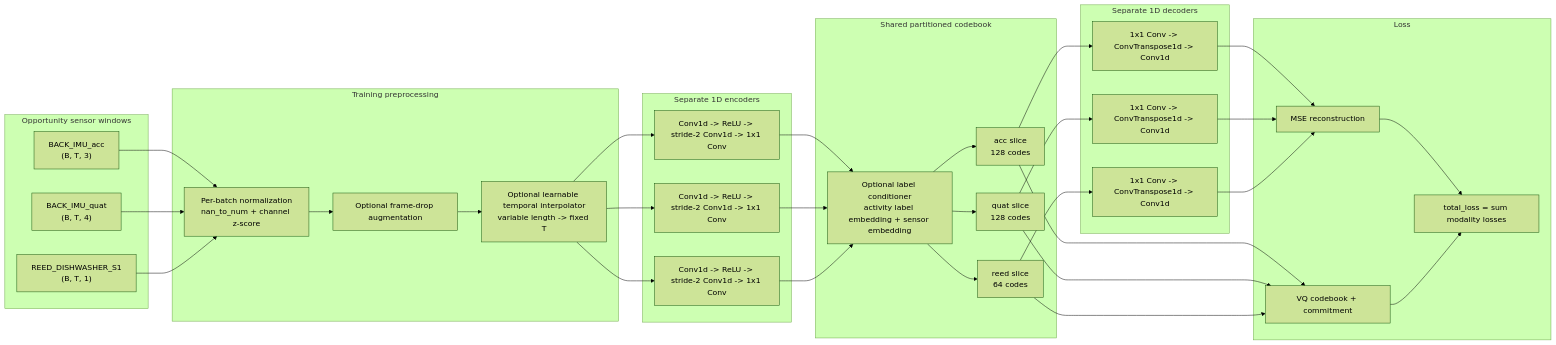
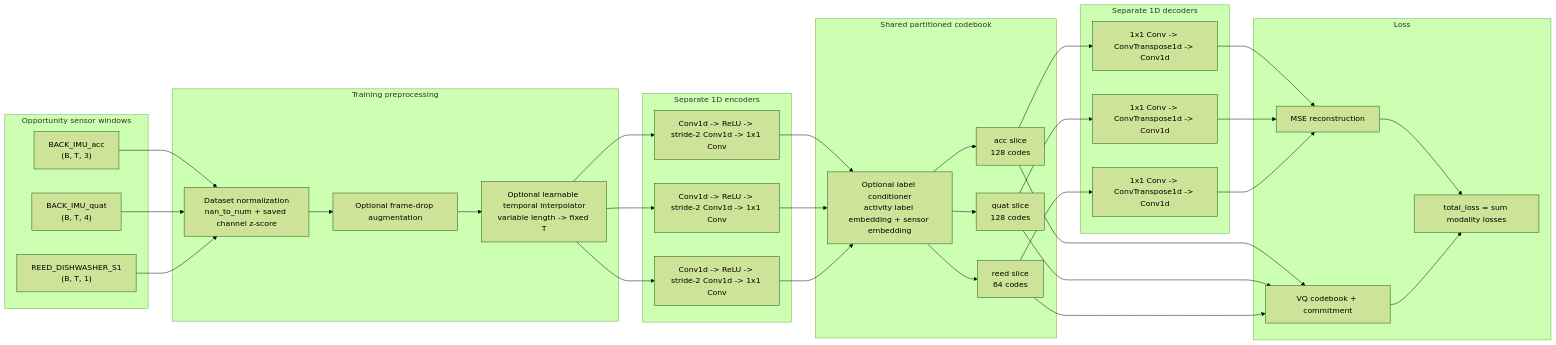
One commit to lalasray/DistriXSense changed the diagram in docs/vqvae_architecture.md. Above: the diagram before and after it, drawn with Mermaid (forest theme). The commit also changed other lines of this file and 6 other files, not shown here.

````diff
--- a/docs/vqvae_architecture.md
+++ b/docs/vqvae_architecture.md
@@ -5,52 +5,52 @@
 ```mermaid
 flowchart LR
     subgraph Inputs["Opportunity sensor windows"]
         A["BACK_IMU_acc<br/>(B, T, 3)"]
         Q["BACK_IMU_quat<br/>(B, T, 4)"]
         R["REED_DISHWASHER_S1<br/>(B, T, 1)"]
     end
 
     subgraph Prep["Training preprocessing"]
-        N["Per-batch normalization<br/>nan_to_num + channel z-score"]
+        N["Dataset normalization<br/>nan_to_num + saved channel z-score"]
         D["Optional frame-drop augmentation"]
         I["Optional learnable temporal interpolator<br/>variable length -> fixed T"]
     end
 
     subgraph Encoders["Separate 1D encoders"]
         EA["Conv1d -> ReLU -> stride-2 Conv1d -> 1x1 Conv"]
         EQ["Conv1d -> ReLU -> stride-2 Conv1d -> 1x1 Conv"]
         ER["Conv1d -> ReLU -> stride-2 Conv1d -> 1x1 Conv"]
     end
 
     subgraph Quantizer["Shared partitioned codebook"]
         L["Optional label conditioner<br/>activity label embedding + sensor embedding"]
         CA["acc slice<br/>128 codes"]
         CQ["quat slice<br/>128 codes"]
         CR["reed slice<br/>64 codes"]
     end
 
     subgraph Decoders["Separate 1D decoders"]
         DA["1x1 Conv -> ConvTranspose1d -> Conv1d"]
         DQ["1x1 Conv -> ConvTranspose1d -> Conv1d"]
         DR["1x1 Conv -> ConvTranspose1d -> Conv1d"]
     end
 
     subgraph Loss["Loss"]
         LA["MSE reconstruction"]
         LQ["VQ codebook + commitment"]
         LT["total_loss = sum modality losses"]
     end
 
     A --> N
     Q --> N
     R --> N
     N --> D --> I
     I --> EA --> L --> CA --> DA --> LA
     I --> EQ --> L --> CQ --> DQ --> LA
     I --> ER --> L --> CR --> DR --> LA
     CA --> LQ
     CQ --> LQ
     CR --> LQ
     LA --> LT
     LQ --> LT
 ```
````
